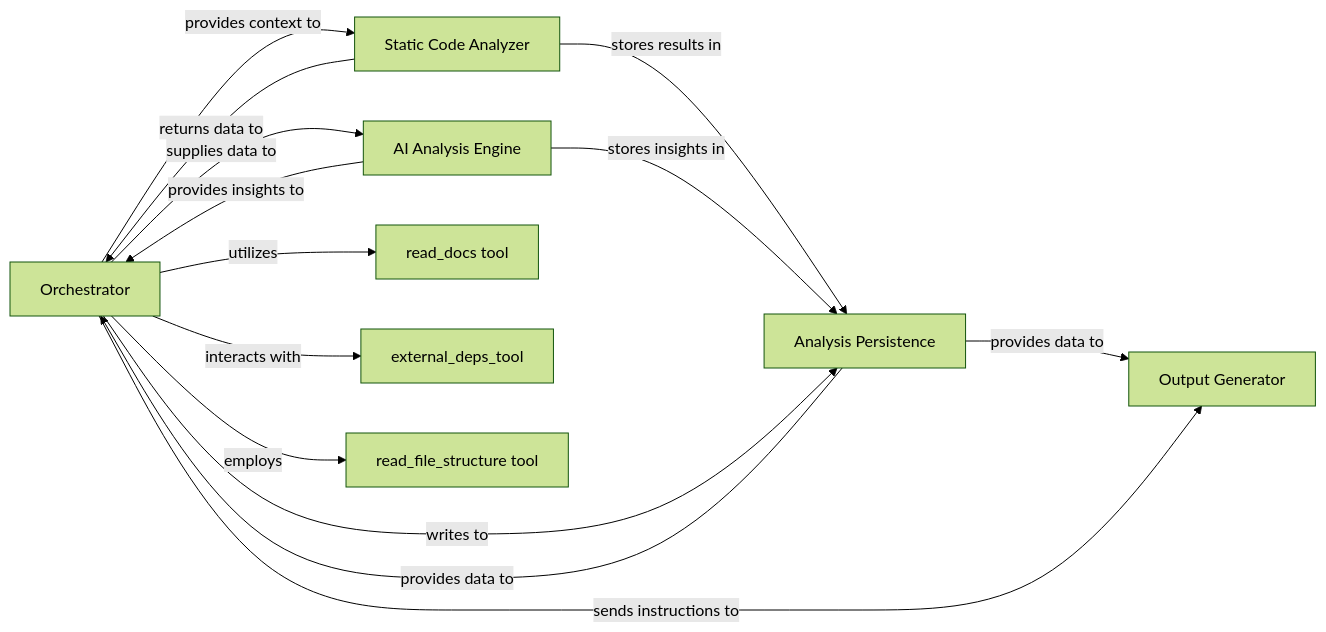
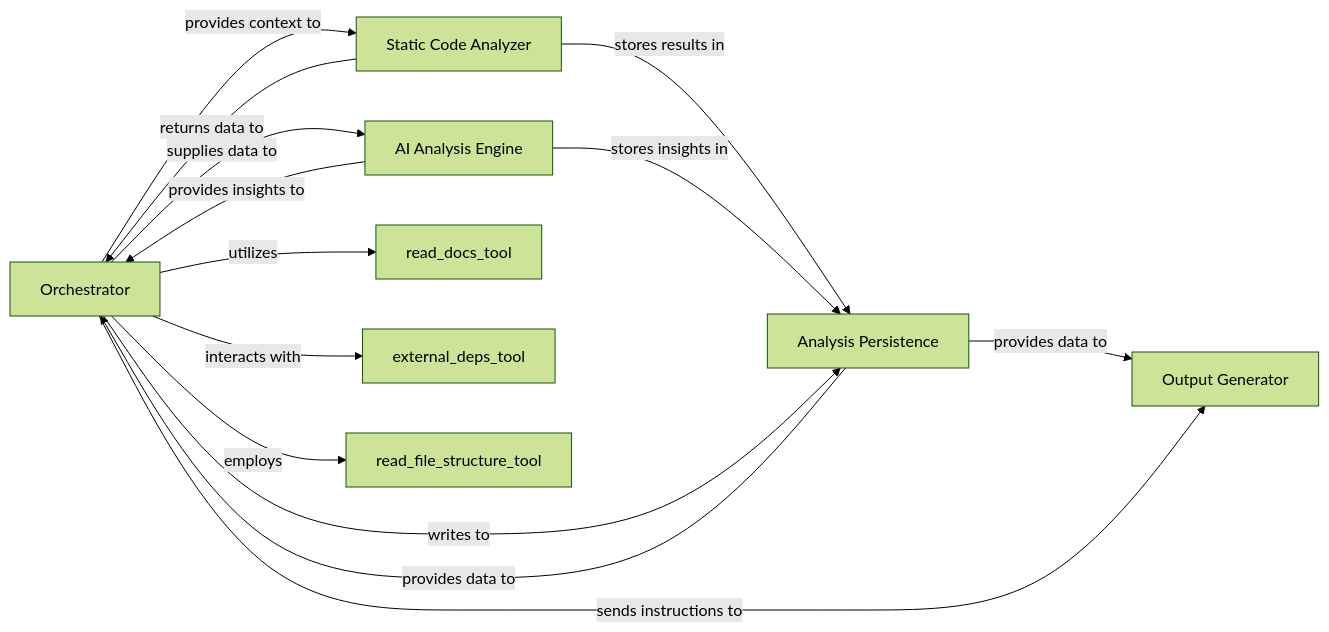
The diagram in .codeboarding/Orchestrator.md (mariyam866/CodeBoarding), drawn with Mermaid (forest theme) before and after one commit. The commit also changed other lines of this file and 13 other files, not shown here.

First line of the commit message:
docs: update codeboarding documentation and generate architecture

````diff
--- a/.codeboarding/Orchestrator.md
+++ b/.codeboarding/Orchestrator.md
@@ -1,26 +1,23 @@
 ```mermaid
 graph LR
     Orchestrator["Orchestrator"]
     Static_Code_Analyzer["Static Code Analyzer"]
     AI_Analysis_Engine["AI Analysis Engine"]
     Analysis_Persistence["Analysis Persistence"]
     Output_Generator["Output Generator"]
-    read_docs_tool["read_docs tool"]
-    external_deps_tool["external_deps_tool"]
-    read_file_structure_tool["read_file_structure tool"]
     Orchestrator -- "provides context to" --> Static_Code_Analyzer
     Orchestrator -- "supplies data to" --> AI_Analysis_Engine
     Static_Code_Analyzer -- "returns data to" --> Orchestrator
     Static_Code_Analyzer -- "stores results in" --> Analysis_Persistence
     AI_Analysis_Engine -- "provides insights to" --> Orchestrator
     AI_Analysis_Engine -- "stores insights in" --> Analysis_Persistence
     Orchestrator -- "writes to" --> Analysis_Persistence
     Analysis_Persistence -- "provides data to" --> Orchestrator
     Analysis_Persistence -- "provides data to" --> Output_Generator
     Orchestrator -- "sends instructions to" --> Output_Generator
     Orchestrator -- "utilizes" --> read_docs_tool
     Orchestrator -- "interacts with" --> external_deps_tool
     Orchestrator -- "employs" --> read_file_structure_tool
     click Orchestrator href "https://github.com/CodeBoarding/CodeBoarding/blob/main/.codeboarding/Orchestrator.md" "Details"
     click Output_Generator href "https://github.com/CodeBoarding/CodeBoarding/blob/main/.codeboarding/Output_Generator.md" "Details"
 ```
````
